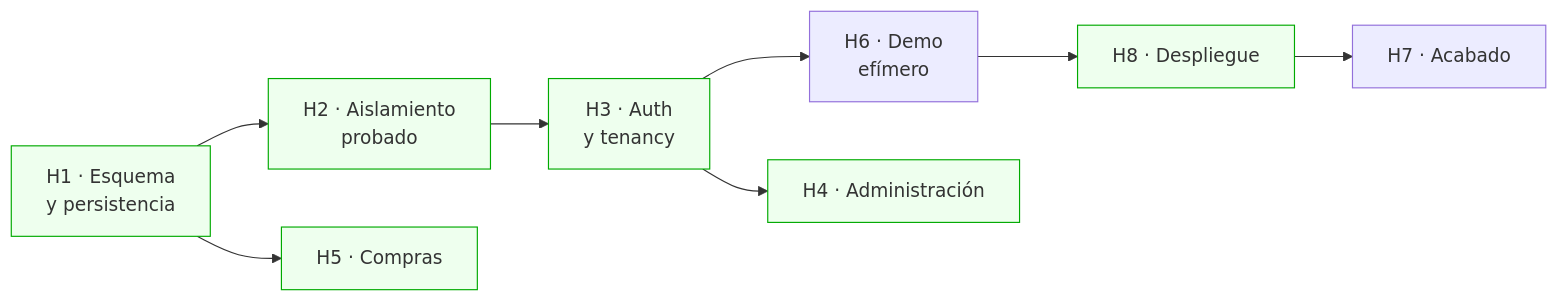
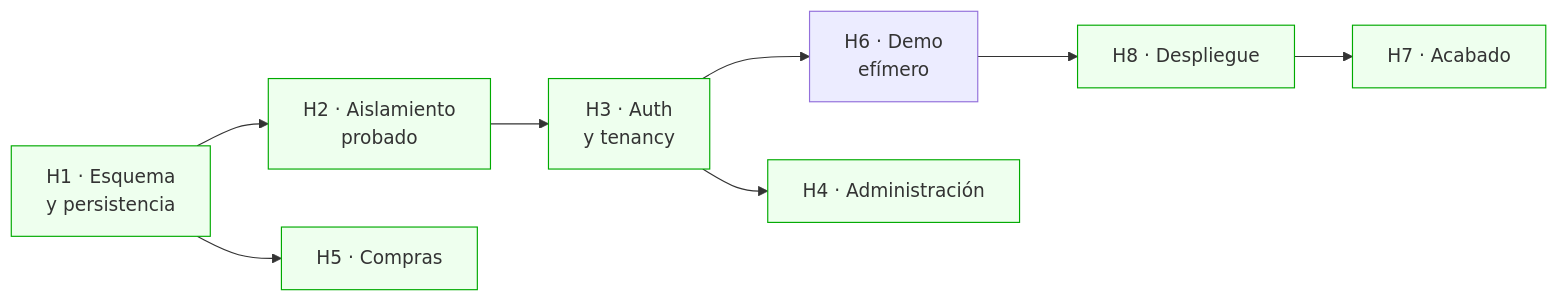
The diagram in docs/ROADMAP.md (Jundev66/CoreBiz), drawn with Mermaid before and after one commit. The commit also changed other lines of this file and 27 other files, not shown here.

````diff
--- a/docs/ROADMAP.md
+++ b/docs/ROADMAP.md
@@ -53,17 +53,18 @@
 ```mermaid
 graph LR
   H1[H1 · Esquema<br/>y persistencia] --> H2[H2 · Aislamiento<br/>probado]
   H2 --> H3[H3 · Auth<br/>y tenancy]
   H3 --> H6[H6 · Demo<br/>efímero]
   H6 --> H8[H8 · Despliegue]
   H3 --> H4[H4 · Administración]
   H1 --> H5[H5 · Compras]
   H8 --> H7[H7 · Acabado]
 
   style H1 fill:#efe,stroke:#0a0
   style H2 fill:#efe,stroke:#0a0
   style H3 fill:#efe,stroke:#0a0
   style H4 fill:#efe,stroke:#0a0
   style H5 fill:#efe,stroke:#0a0
+  style H7 fill:#efe,stroke:#0a0
   style H8 fill:#efe,stroke:#0a0
 ```
````
